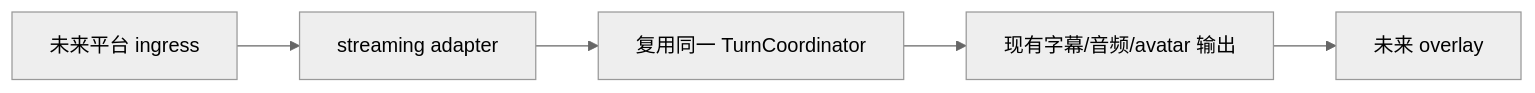
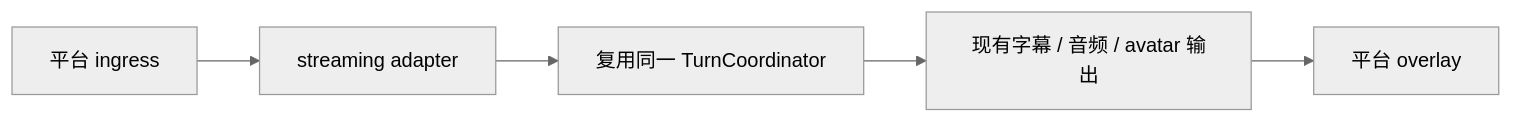
The diagram in docs/03-phases/p5-streaming.md (Momoyeyu/momo), drawn with Mermaid (neutral theme) before and after one commit. The commit also changed other lines of this file and 23 other files, not shown here.

````diff
--- a/docs/03-phases/p5-streaming.md
+++ b/docs/03-phases/p5-streaming.md
@@ -5,7 +5,7 @@
 ```mermaid
 flowchart LR
-    IN["未来平台 ingress"] --> ADAPTER["streaming adapter"]
+    IN["平台 ingress"] --> ADAPTER["streaming adapter"]
     ADAPTER --> CORE["复用同一 TurnCoordinator"]
-    CORE --> OUT["现有字幕/音频/avatar 输出"]
-    OUT --> OVERLAY["未来 overlay"]
+    CORE --> OUT["现有字幕 / 音频 / avatar 输出"]
+    OUT --> OVERLAY["平台 overlay"]
 ```
````
